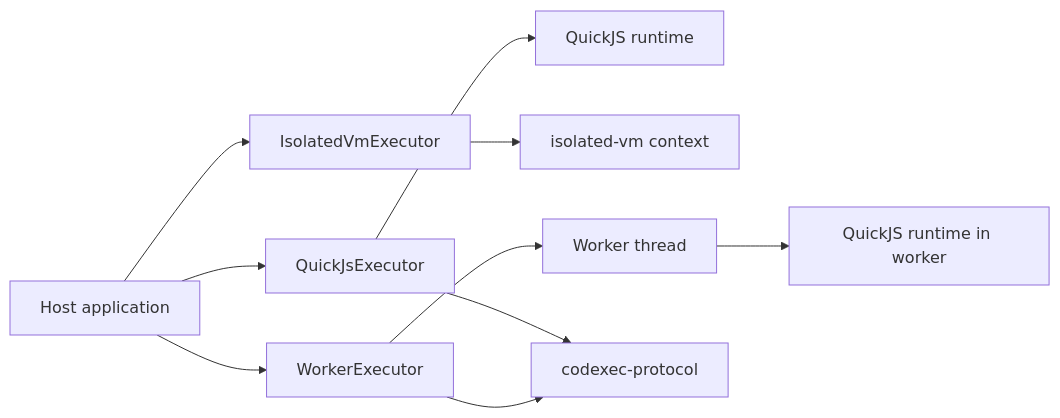
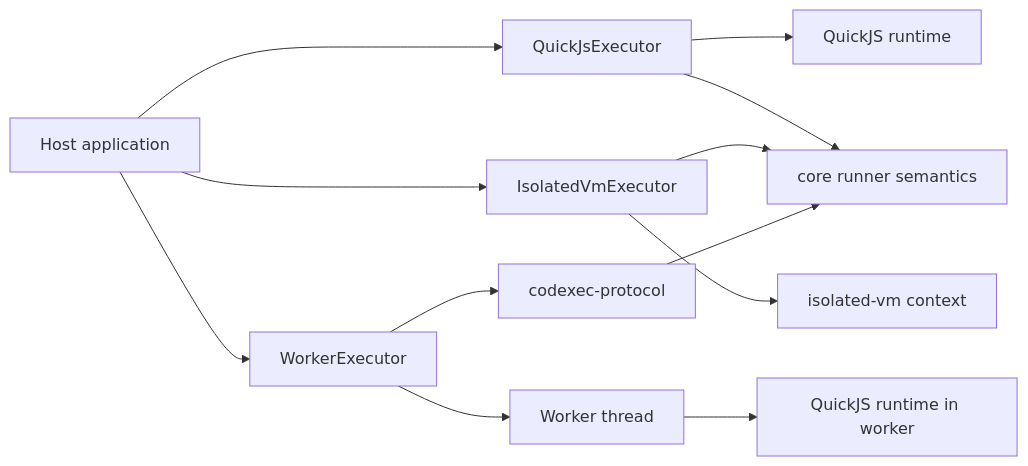
The first of 2 diagrams in docs/architecture/codexec-executors.md (aallam/mcploom), drawn with Mermaid before and after one commit. The commit also changed other lines of this file and 30 other files, not shown here.

Commit message:
refactor(codexec): `isolated-vm` shared runner semantics (#15)

````diff
--- a/docs/architecture/codexec-executors.md
+++ b/docs/architecture/codexec-executors.md
@@ -13,18 +13,21 @@
 ```mermaid
 flowchart LR
     HOST["Host application"]
     QJS["QuickJsExecutor"]
     QJSRT["QuickJS runtime"]
     IVM["IsolatedVmExecutor"]
     IVMRT["isolated-vm context"]
     WORKER["WorkerExecutor"]
     THREAD["Worker thread"]
+    RUNNER["core runner semantics"]
     PROTO["codexec-protocol"]
     WQJS["QuickJS runtime in worker"]
 
     HOST --> QJS --> QJSRT
     HOST --> IVM --> IVMRT
     HOST --> WORKER --> THREAD --> WQJS
-    QJS --> PROTO
+    QJS --> RUNNER
+    IVM --> RUNNER
     WORKER --> PROTO
+    PROTO --> RUNNER
 ```
````
